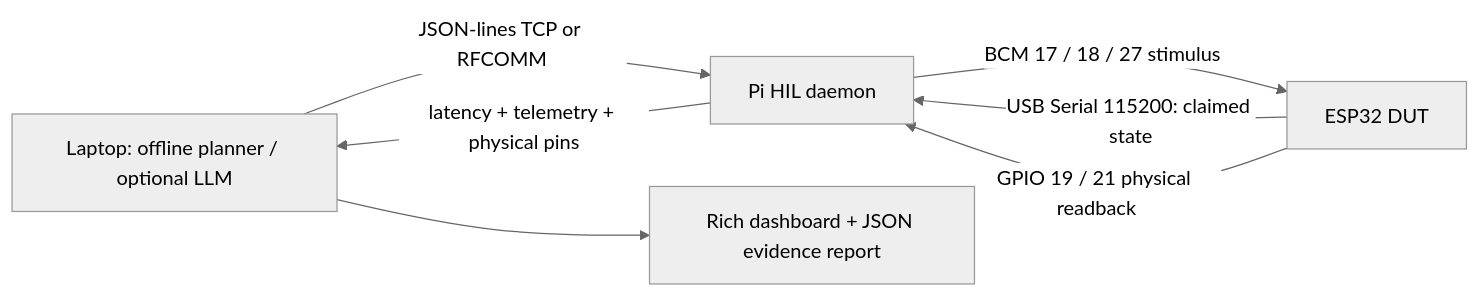
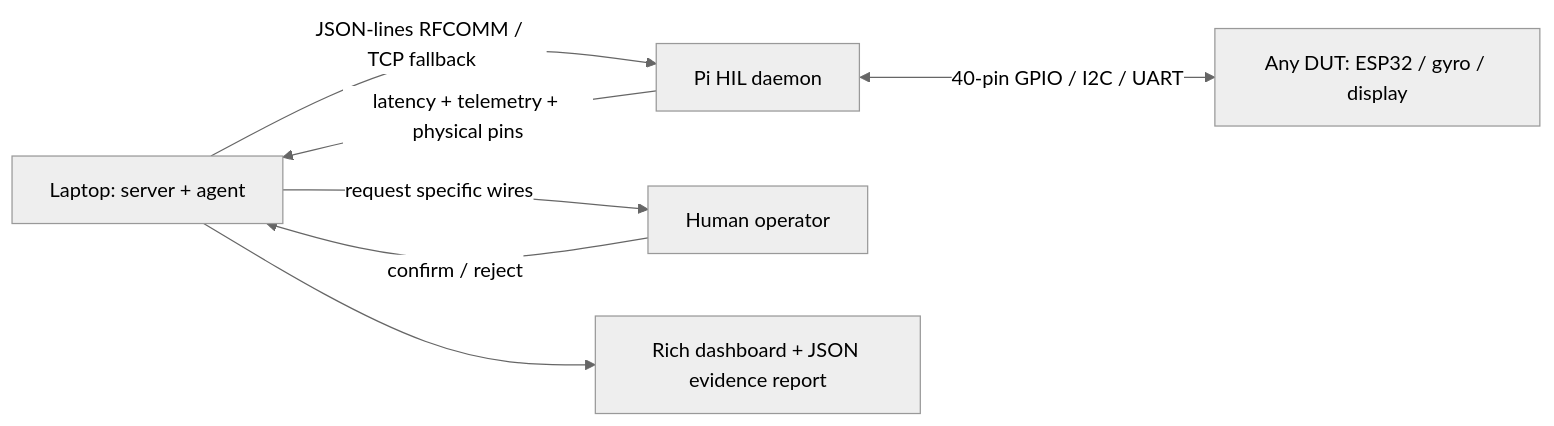
Before and after one commit to Aperture-OS-GT/aperture-os: the diagram in README.md, drawn with Mermaid (neutral theme). The commit also changed other lines of this file and 20 other files, not shown here.

Commit message:
Add universal GPIO profiles, human wiring gates and header APIs

````diff
--- a/README.md
+++ b/README.md
@@ -7,9 +10,9 @@
 ```mermaid
 flowchart LR
-  A[Laptop: offline planner / optional LLM] -->|JSON-lines TCP or RFCOMM| P[Pi HIL daemon]
-  P -->|BCM 17 / 18 / 27 stimulus| E[ESP32 DUT]
-  E -->|USB Serial 115200: claimed state| P
-  E -->|GPIO 19 / 21 physical readback| P
+  A[Laptop: server + agent] -->|JSON-lines RFCOMM / TCP fallback| P[Pi HIL daemon]
+  A -->|request specific wires| H[Human operator]
+  H -->|confirm / reject| A
+  P <-->|40-pin GPIO / I2C / UART| E[Any DUT: ESP32 / gyro / display]
   P -->|latency + telemetry + physical pins| A
   A --> R[Rich dashboard + JSON evidence report]
 ```
````
